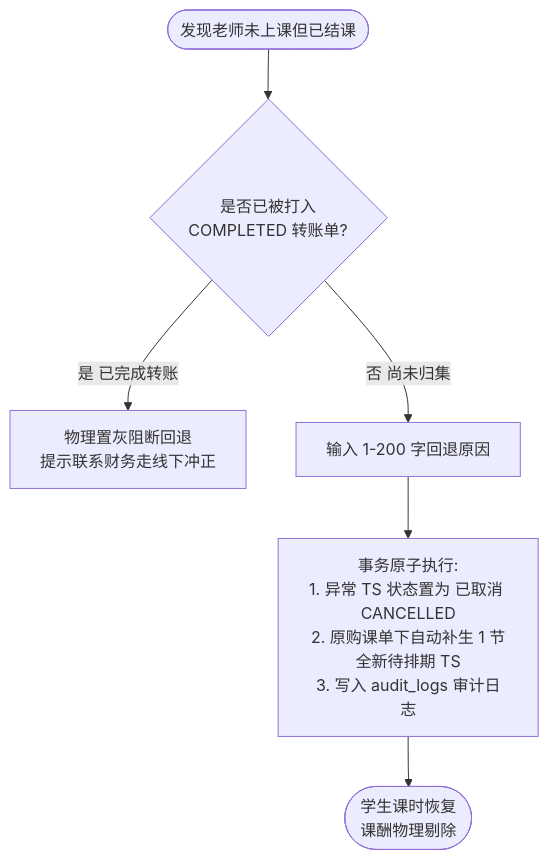
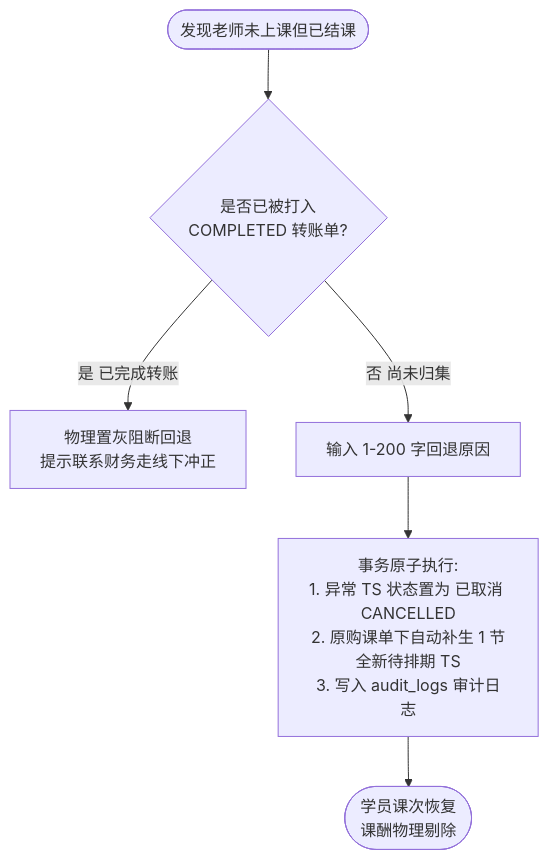
One commit to Onezao/dream changed the third of 5 diagrams in docs/prd/m5a_transfer_collection.md. Above: the diagram before and after it, drawn with Mermaid. The commit also changed other lines of this file and 37 other files, not shown here.

````diff
--- a/docs/prd/m5a_transfer_collection.md
+++ b/docs/prd/m5a_transfer_collection.md
@@ -354,8 +351,8 @@
 ```mermaid
 flowchart TD
     ExStart([发现老师未上课但已结课]) --> CheckSettled{是否已被打入\nCOMPLETED 转账单?}
     CheckSettled -- 是 已完成转账 --> DenyRollback["物理置灰阻断回退\n提示联系财务走线下冲正"]
     CheckSettled -- 否 尚未归集 --> InputReason[输入 1-200 字回退原因]
     InputReason --> AtomicRollback["事务原子执行:\n1. 异常 TS 状态置为 已取消 CANCELLED\n2. 原购课单下自动补生 1 节全新待排期 TS\n3. 写入 audit_logs 审计日志"]
-    AtomicRollback --> RollbackEnd([学生课时恢复\n课酬物理剔除])
+    AtomicRollback --> RollbackEnd([学员课次恢复\n课酬物理剔除])
 ```
````
